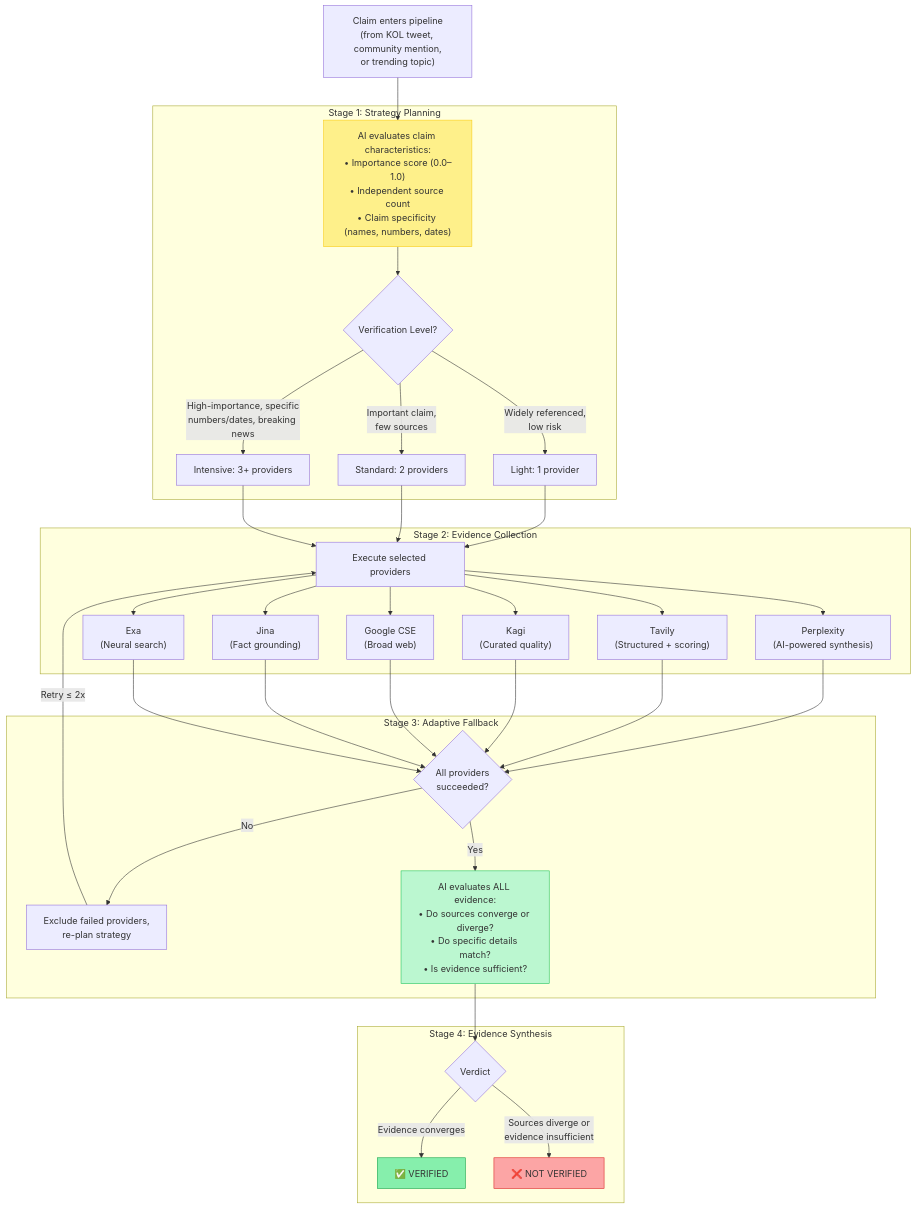
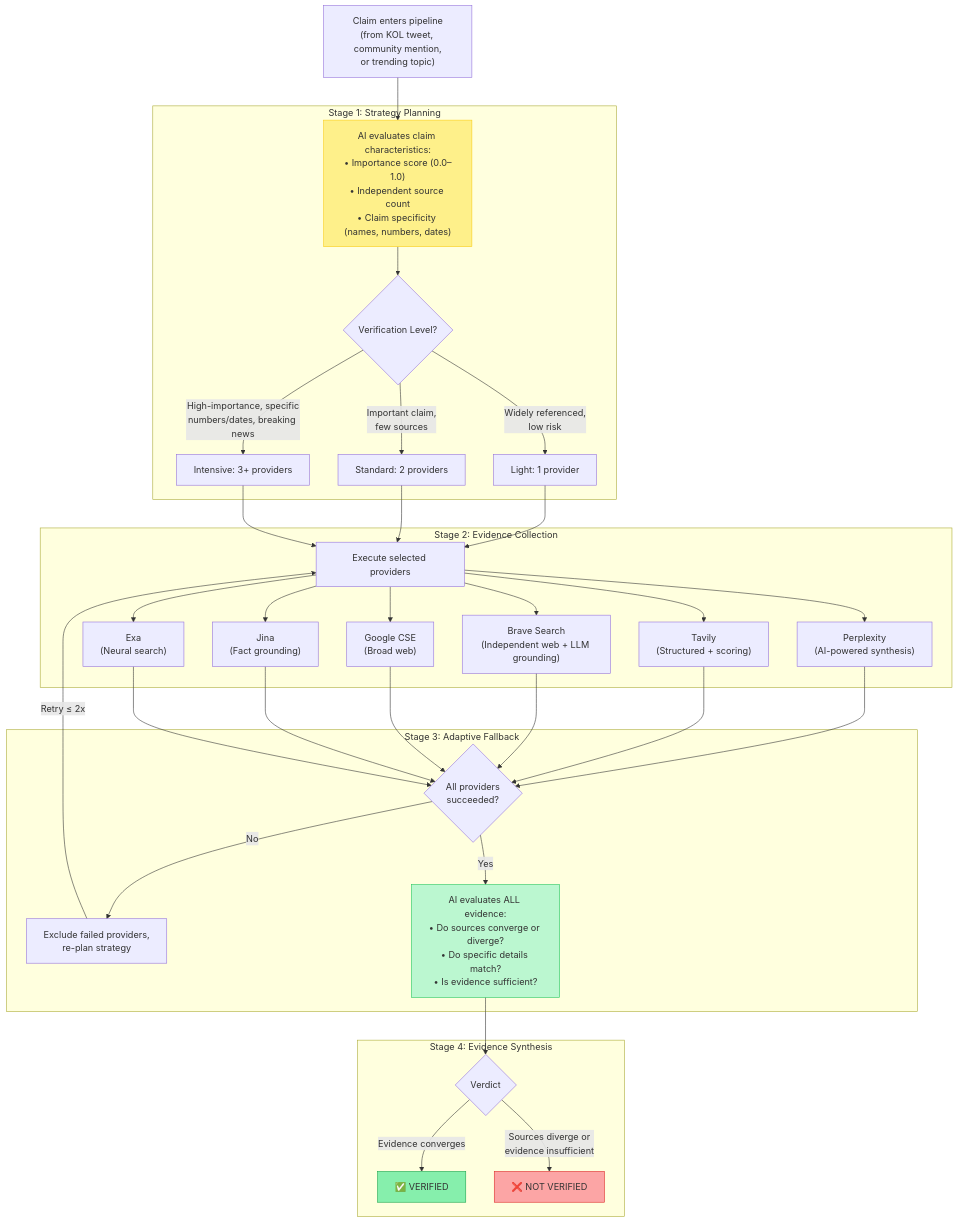
The second of 6 diagrams in docs/technical-architecture/ai-architecture.md (Miko-Protocol/docs), drawn with Mermaid before and after one commit.

````diff
--- a/docs/technical-architecture/ai-architecture.md
+++ b/docs/technical-architecture/ai-architecture.md
@@ -87,52 +87,52 @@
 ```mermaid
 graph TD
     A["Claim enters pipeline<br/>(from KOL tweet, community mention,<br/>or trending topic)"] --> B
 
     subgraph "Stage 1: Strategy Planning"
         B["AI evaluates claim characteristics:<br/>• Importance score (0.0–1.0)<br/>• Independent source count<br/>• Claim specificity (names, numbers, dates)"]
         B --> B1{"Verification Level?"}
         B1 -->|"Widely referenced,<br/>low risk"| BL["Light: 1 provider"]
         B1 -->|"Important claim,<br/>few sources"| BS["Standard: 2 providers"]
         B1 -->|"High-importance, specific<br/>numbers/dates, breaking news"| BI["Intensive: 3+ providers"]
     end
 
     BL --> C
     BS --> C
     BI --> C
 
     subgraph "Stage 2: Evidence Collection"
         C["Execute selected providers"]
         C --> C1["Perplexity<br/>(AI-powered synthesis)"]
         C --> C2["Tavily<br/>(Structured + scoring)"]
-        C --> C3["Kagi<br/>(Curated quality)"]
+        C --> C3["Brave Search<br/>(Independent web + LLM grounding)"]
         C --> C4["Google CSE<br/>(Broad web)"]
         C --> C5["Jina<br/>(Fact grounding)"]
         C --> C6["Exa<br/>(Neural search)"]
     end
 
     C1 --> D
     C2 --> D
     C3 --> D
     C4 --> D
     C5 --> D
     C6 --> D
 
     subgraph "Stage 3: Adaptive Fallback"
         D{"All providers<br/>succeeded?"}
         D -->|"No"| E["Exclude failed providers,<br/>re-plan strategy"]
         E -->|"Retry ≤ 2x"| C
         D -->|"Yes"| F
     end
 
     subgraph "Stage 4: Evidence Synthesis"
         F["AI evaluates ALL evidence:<br/>• Do sources converge or diverge?<br/>• Do specific details match?<br/>• Is evidence sufficient?"]
         F --> G{"Verdict"}
         G -->|"Evidence converges"| H["✅ VERIFIED"]
         G -->|"Sources diverge or<br/>evidence insufficient"| I["❌ NOT VERIFIED"]
     end
 
     style B fill:#fef08a,stroke:#facc15
     style F fill:#bbf7d0,stroke:#22c55e
     style H fill:#86efac,stroke:#16a34a
     style I fill:#fca5a5,stroke:#dc2626
 ```
````
